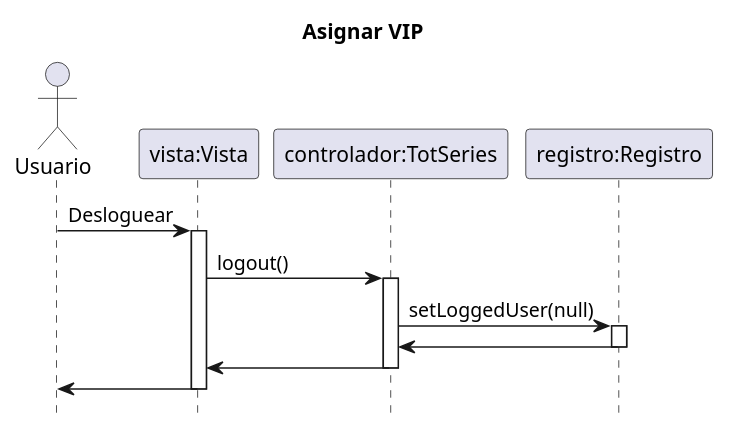
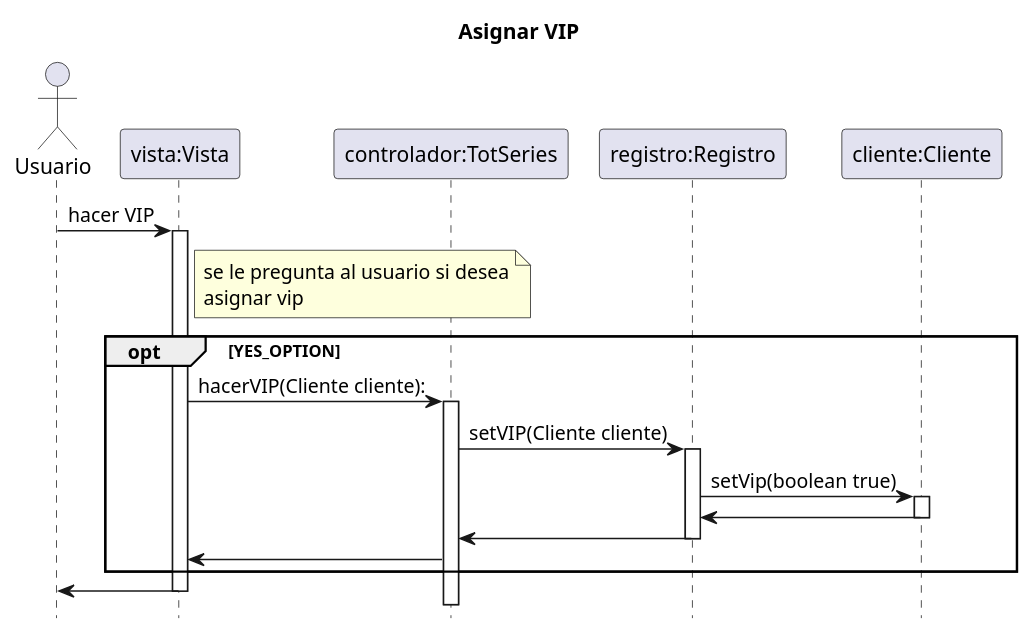
The diagram in src/totseries/Uml/Secuencia/Diagrama de secuencia AsignarVIP.puml (MrViciao/TotSeries), drawn with PlantUML before and after one commit. The commit also changed 8 other files, not shown here.

Commit message:
Elimine los diagramas de secuencia anteriores Actualizacion de Diagrama AsignarVIP y cargarDatos

```diff
--- a/src/totseries/Uml/Secuencia/Diagrama de secuencia AsignarVIP.puml
+++ b/src/totseries/Uml/Secuencia/Diagrama de secuencia AsignarVIP.puml
@@ -1,22 +1,33 @@
 @startuml
 title		Asignar VIP
 hide	footbox
 
 actor	Usuario as usuario
 participant "vista:Vista" as vista
 participant "controlador:TotSeries" as totseries
 participant "registro:Registro" as registro
+participant "cliente:Cliente" as cliente
 
-usuario -> vista : Desloguear
+usuario -> vista : hacer VIP
 activate vista
-vista->totseries : logout()
-activate totseries
-totseries -> registro :setLoggedUser(null)
-activate registro
-registro -> totseries
-deactivate registro
-totseries -> vista 
-deactivate totseries
+
+note right vista
+    se le pregunta al usuario si desea
+    asignar vip
+end note
+opt YES_OPTION
+    vista -> totseries : hacerVIP(Cliente cliente):
+    activate totseries
+    totseries -> registro : setVIP(Cliente cliente)
+    activate registro
+    registro -> cliente :setVip(boolean true)
+    activate cliente
+    cliente -> registro
+    deactivate cliente
+    registro ->totseries
+    deactivate registro
+    totseries -> vista
+end opt
 vista -> usuario
 deactivate vista
 @enduml
```
